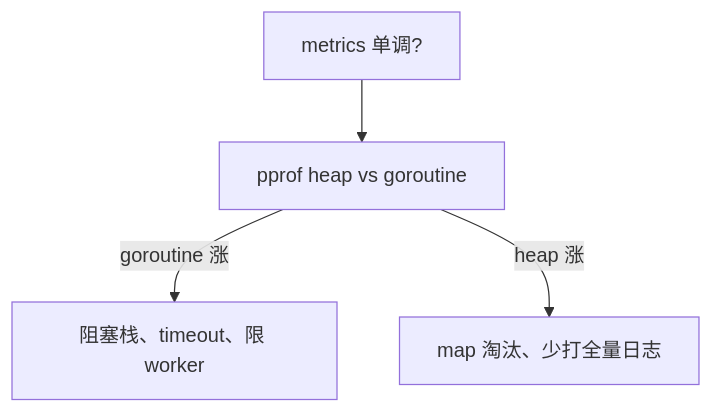
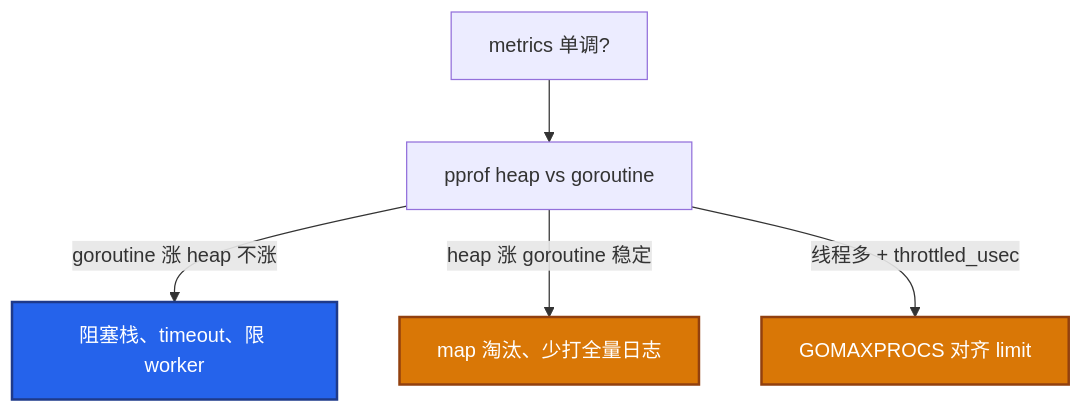
One commit to ml-cuizijun/LearnToLilith changed the third of 3 diagrams in 06-开发能力/03-Go运维工具/练习题.md. Above: the diagram before and after it, drawn with Mermaid. The commit also changed other lines of this file and 213 other files, not shown here.

````diff
--- a/06-开发能力/03-Go运维工具/练习题.md
+++ b/06-开发能力/03-Go运维工具/练习题.md
@@ -183,6 +221,12 @@
 ```mermaid
 flowchart TB
     A[metrics 单调?] --> B[pprof heap vs goroutine]
-    B -->|goroutine 涨| C[阻塞栈、timeout、限 worker]
-    B -->|heap 涨| D[map 淘汰、少打全量日志]
+    B -->|goroutine 涨 heap 不涨| C[阻塞栈、timeout、限 worker]
+    B -->|heap 涨 goroutine 稳定| D[map 淘汰、少打全量日志]
+    B -->|线程多 + throttled_usec| E[GOMAXPROCS 对齐 limit]
+
+    classDef go fill:#2563EB,stroke:#1E3A8A,stroke-width:2px,color:#fff
+    classDef warn fill:#D97706,stroke:#92400E,stroke-width:2px,color:#fff
+    class C go
+    class D,E warn
 ```
````
